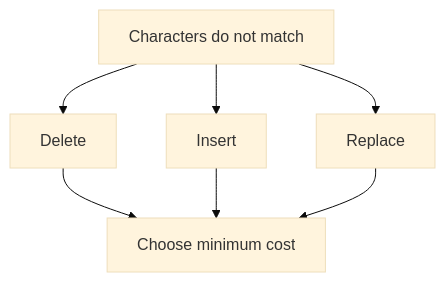
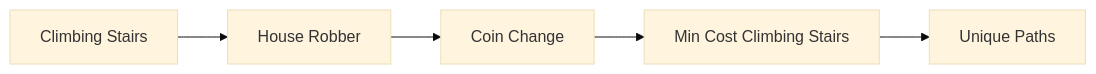
Before and after one commit to 9999dude/omega: the fifth of 16 diagrams in docs/datastructures/dynamic-programming.md, drawn with Mermaid (base theme). The commit also changed other lines of this file and 58 other files, not shown here.

````diff
--- a/docs/datastructures/dynamic-programming.md
+++ b/docs/datastructures/dynamic-programming.md
@@ -1099,10 +137,8 @@
 ```mermaid
-flowchart TD
-    A["Characters do not match"] --> B["Delete"]
-    A --> C["Insert"]
-    A --> D["Replace"]
-
-    B --> E["Choose minimum cost"]
-    C --> E
-    D --> E
+flowchart LR
+    Q0["Climbing Stairs"]
+    Q0 --> Q1["House Robber"]
+    Q1 --> Q2["Coin Change"]
+    Q2 --> Q3["Min Cost Climbing Stairs"]
+    Q3 --> Q4["Unique Paths"]
 ```
````
